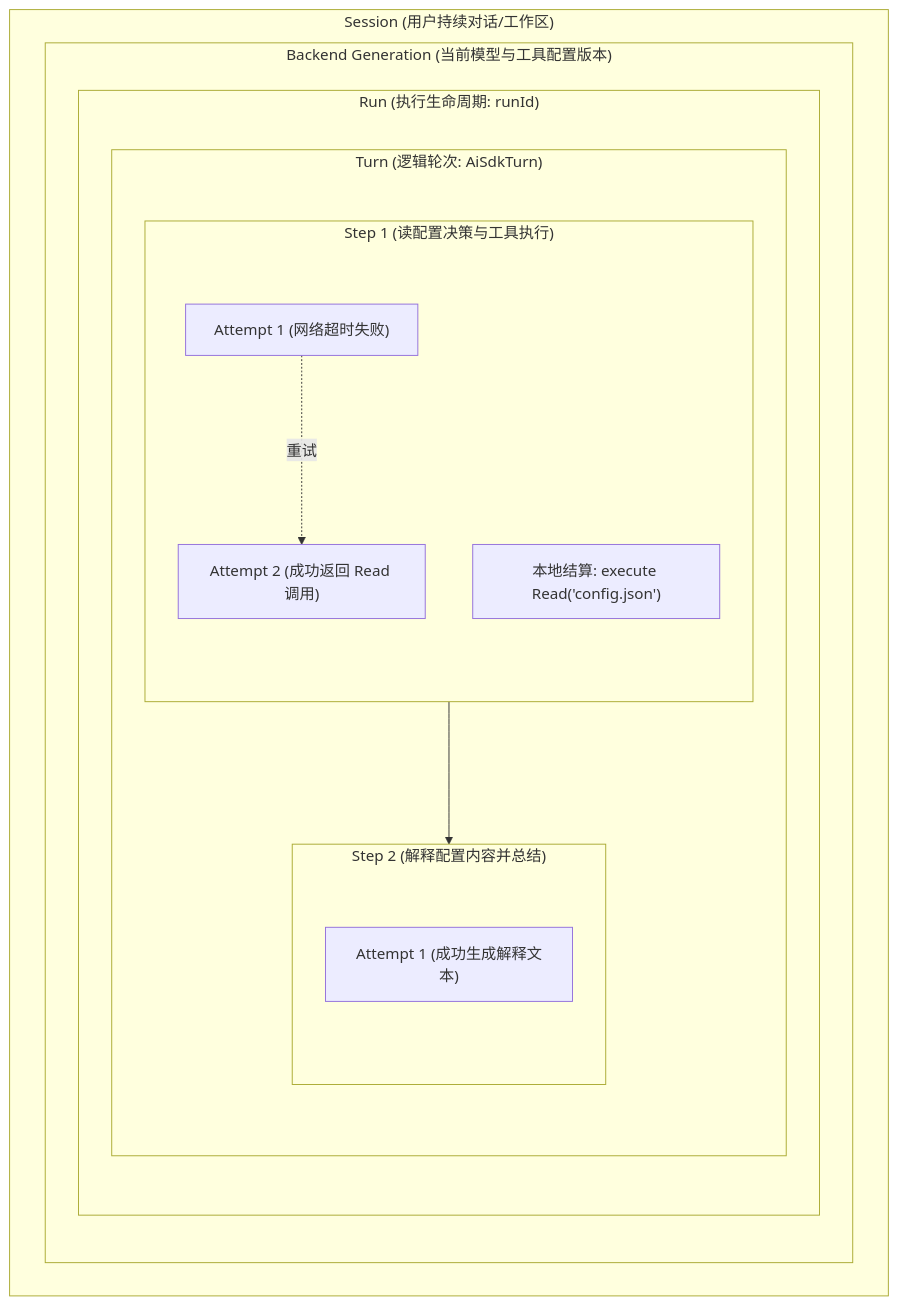
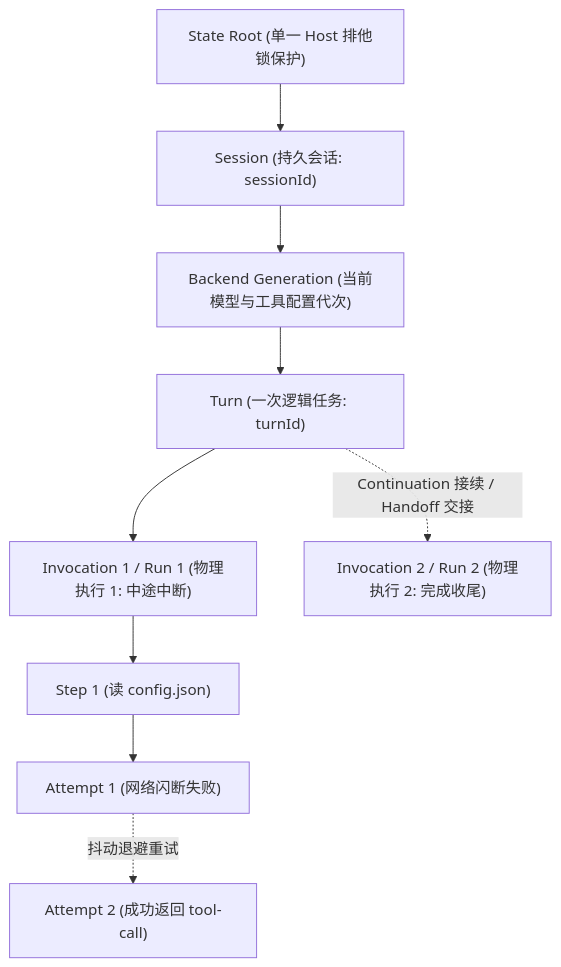
One commit to suger-m/agent-infrastructure-docs changed the diagram in maka-agent-infra/GLOSSARY.md. Above: the diagram before and after it, drawn with Mermaid. The commit also changed other lines of this file and 31 other files, not shown here.

````diff
--- a/maka-agent-infra/GLOSSARY.md
+++ b/maka-agent-infra/GLOSSARY.md
@@ -20,19 +23,11 @@
 ```mermaid
 flowchart TD
-    subgraph Session["Session (用户持续对话/工作区)"]
-        subgraph Generation["Backend Generation (当前模型与工具配置版本)"]
-            subgraph Run["Run (执行生命周期: runId)"]
-                subgraph Turn["Turn (逻辑轮次: AiSdkTurn)"]
-                    subgraph Step1["Step 1 (读配置决策与工具执行)"]
-                        A1["Attempt 1 (网络超时失败)"] -.->|重试| A2["Attempt 2 (成功返回 Read 调用)"]
-                        T1["本地结算: execute Read('config.json')"]
-                    end
-                    subgraph Step2["Step 2 (解释配置内容并总结)"]
-                        A3["Attempt 1 (成功生成解释文本)"]
-                    end
-                end
-            end
-        end
-    end
-    Step1 --> Step2
+    SR["State Root (单一 Host 排他锁保护)"] --> Sess["Session (持久会话: sessionId)"]
+    Sess --> Gen["Backend Generation (当前模型与工具配置代次)"]
+    Gen --> Turn["Turn (一次逻辑任务: turnId)"]
+    Turn --> Inv1["Invocation 1 / Run 1 (物理执行 1: 中途中断)"]
+    Turn -.->|"Continuation 接续 / Handoff 交接"| Inv2["Invocation 2 / Run 2 (物理执行 2: 完成收尾)"]
+    Inv1 --> Step1["Step 1 (读 config.json)"]
+    Step1 --> Att1["Attempt 1 (网络闪断失败)"]
+    Att1 -.->|"抖动退避重试"| Att2["Attempt 2 (成功返回 tool-call)"]
 ```
````
